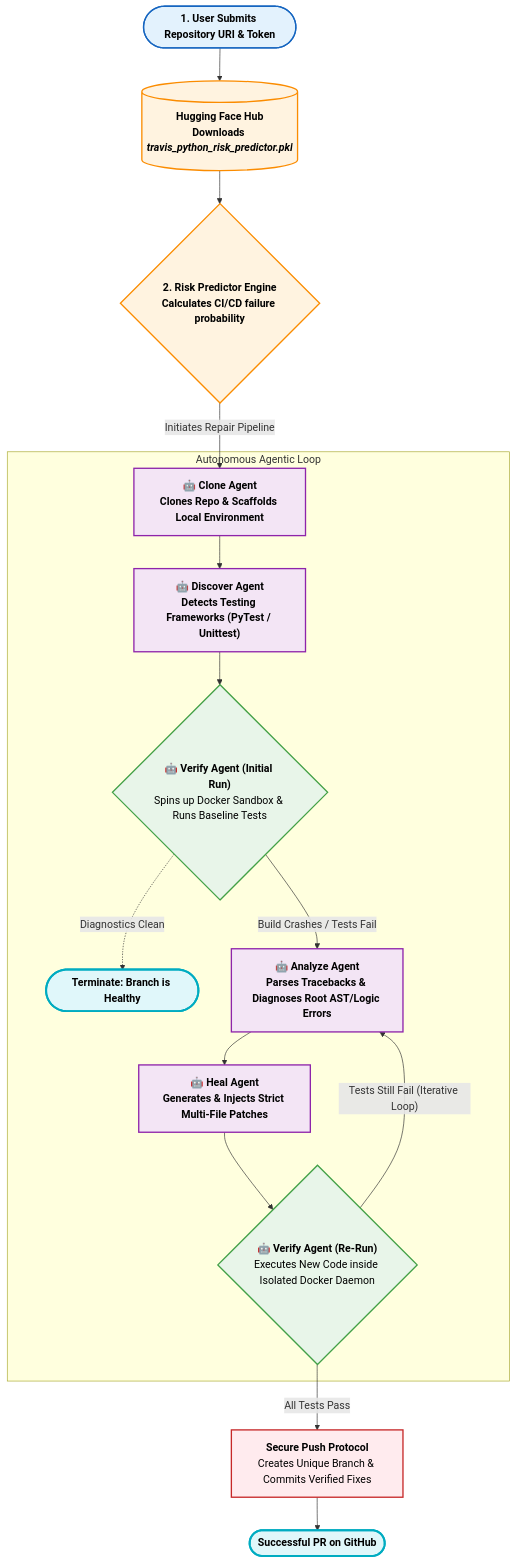
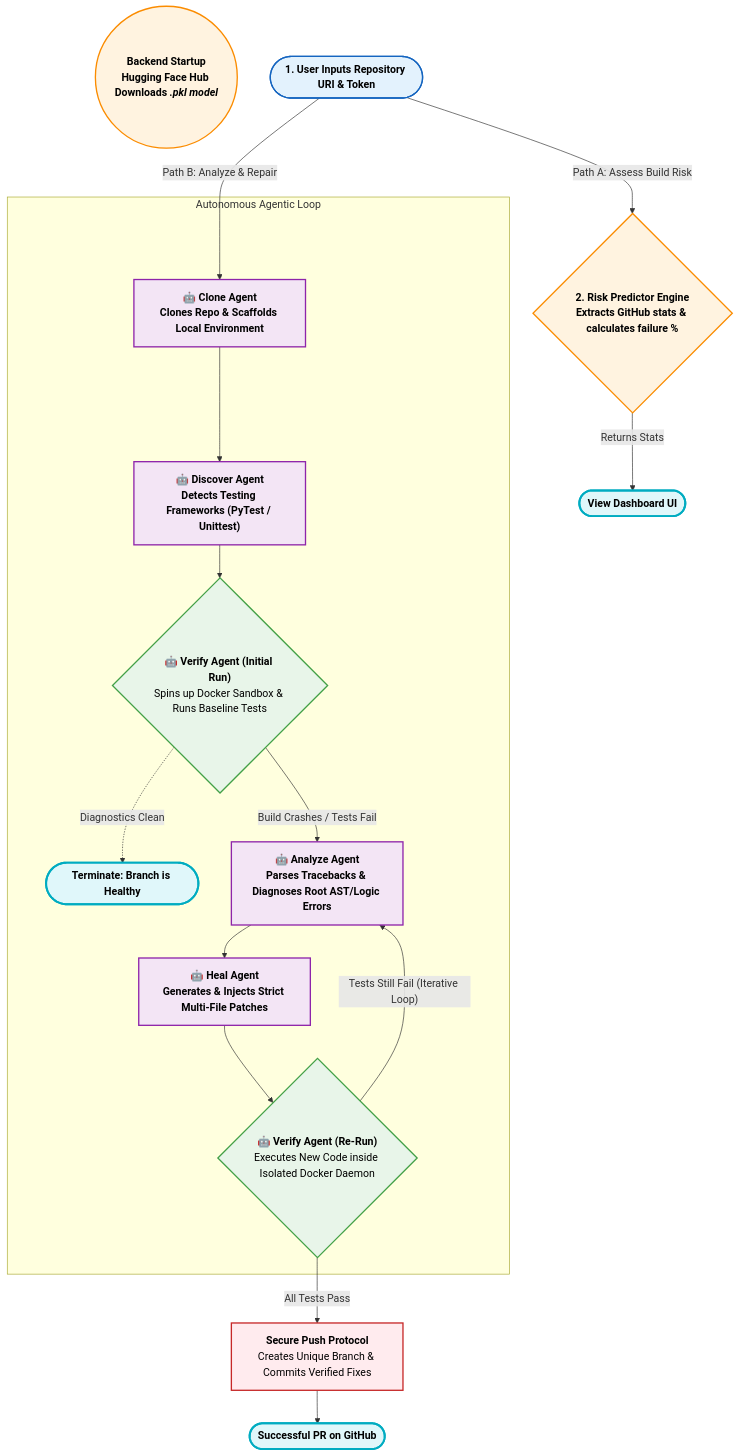
Before and after one commit to AshrafGalaxy/Machine_Learning: the diagram in README.md, drawn with Mermaid.

Commit message:
docs: adjust architecture diagram to bifurcate Assess vs Repair pipeline triggers

````diff
--- a/README.md
+++ b/README.md
@@ -94,38 +94,42 @@
 ```mermaid
 graph TD
     classDef user fill:#E3F2FD,stroke:#1565C0,stroke-width:2px,color:black,font-weight:bold
     classDef model fill:#FFF3E0,stroke:#FB8C00,stroke-width:2px,color:black,font-weight:bold
     classDef agent fill:#F3E5F5,stroke:#8E24AA,stroke-width:2px,color:black,font-weight:bold
     classDef sandbox fill:#E8F5E9,stroke:#43A047,stroke-width:2px,color:black
     classDef git fill:#FFEBEE,stroke:#C62828,stroke-width:2px,color:black
     classDef success fill:#E0F7FA,stroke:#00ACC1,stroke-width:3px,color:black,font-weight:bold
 
-    Sub([1. User Submits Repository URI & Token]):::user --> DB
+    %% Server Boot Sequence
+    BOOT(("<b>Backend Startup</b><br/>Hugging Face Hub Downloads <i>.pkl model</i>")):::model
     
-    DB[("<b>Hugging Face Hub</b><br/>Downloads <i>travis_python_risk_predictor.pkl</i>")]:::model --> ML
+    Sub([1. User Inputs Repository URI & Token]):::user
+
+    Sub --> |"Path A: Assess Build Risk"| ML
+    Sub --> |"Path B: Analyze & Repair"| CA
     
-    ML{"<b>2. Risk Predictor Engine</b><br/>Calculates CI/CD failure probability"}:::model
-    ML --> |Initiates Repair Pipeline| CA
+    ML{"<b>2. Risk Predictor Engine</b><br/>Extracts GitHub stats & calculates failure %"}:::model
+    ML --> |"Returns Stats"| UI(["View Dashboard UI"]):::success
     
     subgraph Autonomous Agentic Loop
         CA["<b>🤖 Clone Agent</b><br/>Clones Repo & Scaffolds Local Environment"]:::agent --> DA
         
         DA["<b>🤖 Discover Agent</b><br/>Detects Testing Frameworks (PyTest / Unittest)"]:::agent --> VA1
         
         VA1{"<b>🤖 Verify Agent (Initial Run)</b><br/>Spins up Docker Sandbox & Runs Baseline Tests"}:::sandbox
         
         VA1 -.-> |"Diagnostics Clean"| YAY(["Terminate: Branch is Healthy"]):::success
         VA1 --> |"Build Crashes / Tests Fail"| AA
         
         AA["<b>🤖 Analyze Agent</b><br/>Parses Tracebacks & Diagnoses Root AST/Logic Errors"]:::agent --> HA
         
         HA["<b>🤖 Heal Agent</b><br/>Generates & Injects Strict Multi-File Patches"]:::agent --> VA2
         
         VA2{"<b>🤖 Verify Agent (Re-Run)</b><br/>Executes New Code inside Isolated Docker Daemon"}:::sandbox
         
         VA2 --> |"Tests Still Fail (Iterative Loop)"| AA
     end
     
     VA2 --> |"All Tests Pass"| PUSH
     PUSH["<b>Secure Push Protocol</b><br/>Creates Unique Branch & Commits Verified Fixes"]:::git --> WIN(["Successful PR on GitHub"]):::success
 ```
````
